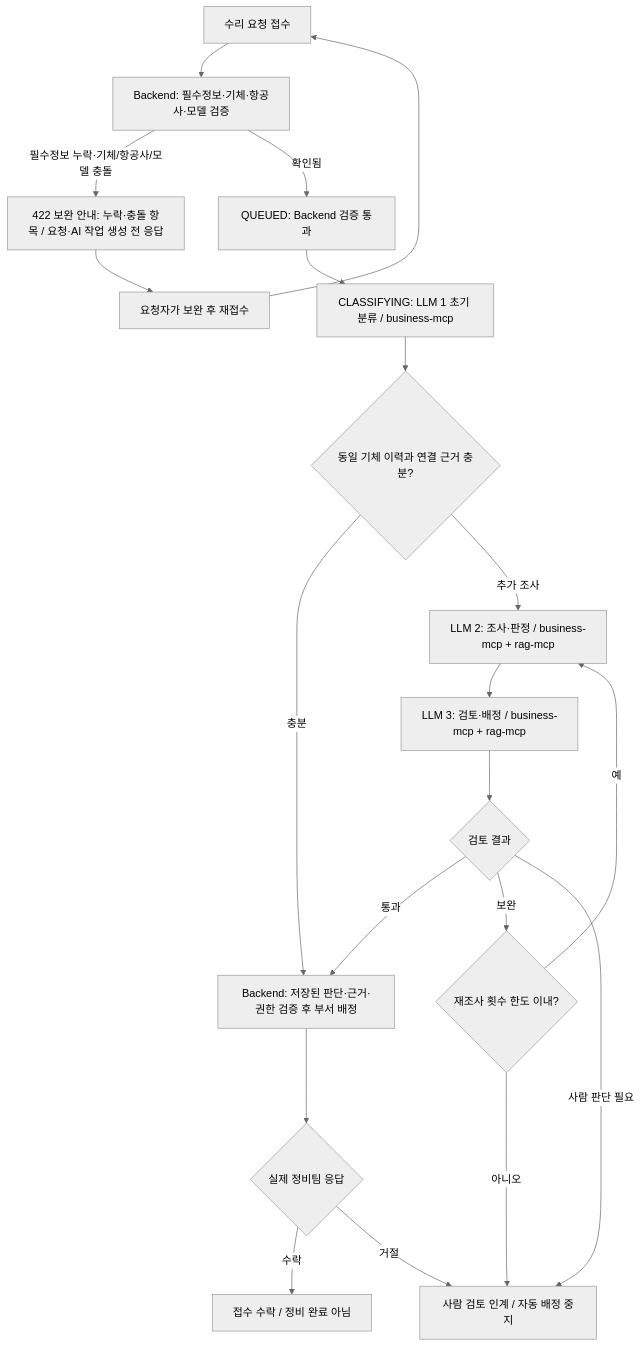
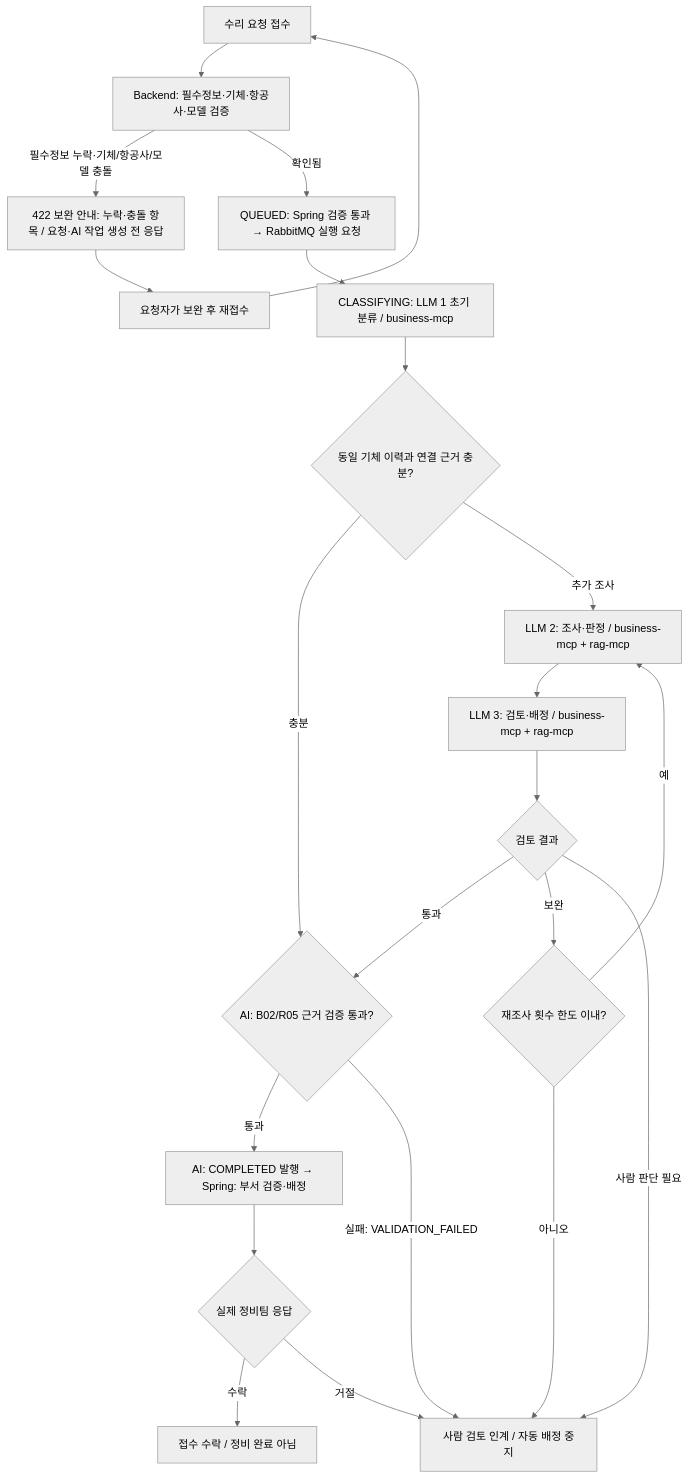
Before and after one commit to mro-agent-proj/agent: the diagram in docs/process.mmd, drawn with Mermaid (neutral theme). The commit also changed 13 other files, not shown here.

```diff
--- a/docs/process.mmd
+++ b/docs/process.mmd
@@ -1,35 +1,38 @@
 flowchart TD
     START["수리 요청 접수"]
     VALIDATE["Backend: 필수정보·기체·항공사·모델 검증"]
     RETURN["422 보완 안내: 누락·충돌 항목 / 요청·AI 작업 생성 전 응답"]
     CORRECT["요청자가 보완 후 재접수"]
-    QUEUE["QUEUED: Backend 검증 통과"]
+    QUEUE["QUEUED: Spring 검증 통과 → RabbitMQ 실행 요청"]
     FIRST["CLASSIFYING: LLM 1 초기 분류 / business-mcp"]
     MATCH{"동일 기체 이력과 연결 근거 충분?"}
     INVEST["LLM 2: 조사·판정 / business-mcp + rag-mcp"]
     REVIEW["LLM 3: 검토·배정 / business-mcp + rag-mcp"]
     RESULT{"검토 결과"}
     LIMIT{"재조사 횟수 한도 이내?"}
-    ASSIGN["Backend: 저장된 판단·근거·권한 검증 후 부서 배정"]
+    VERIFY{"AI: B02/R05 근거 검증 통과?"}
+    ASSIGN["AI: COMPLETED 발행 → Spring: 부서 검증·배정"]
     TEAM{"실제 정비팀 응답"}
     ACCEPT["접수 수락 / 정비 완료 아님"]
     HUMAN["사람 검토 인계 / 자동 배정 중지"]
     START --> VALIDATE
     VALIDATE -->|필수정보 누락·기체/항공사/모델 충돌| RETURN
     RETURN --> CORRECT
     CORRECT --> START
     VALIDATE -->|확인됨| QUEUE
     QUEUE --> FIRST
     FIRST --> MATCH
-    MATCH -->|충분| ASSIGN
+    MATCH -->|충분| VERIFY
     MATCH -->|추가 조사| INVEST
     INVEST --> REVIEW
     REVIEW --> RESULT
-    RESULT -->|통과| ASSIGN
+    RESULT -->|통과| VERIFY
+    VERIFY -->|통과| ASSIGN
+    VERIFY -->|실패: VALIDATION_FAILED| HUMAN
     RESULT -->|보완| LIMIT
     LIMIT -->|예| INVEST
     LIMIT -->|아니오| HUMAN
     RESULT -->|사람 판단 필요| HUMAN
     ASSIGN --> TEAM
     TEAM -->|수락| ACCEPT
     TEAM -->|거절| HUMAN
```
